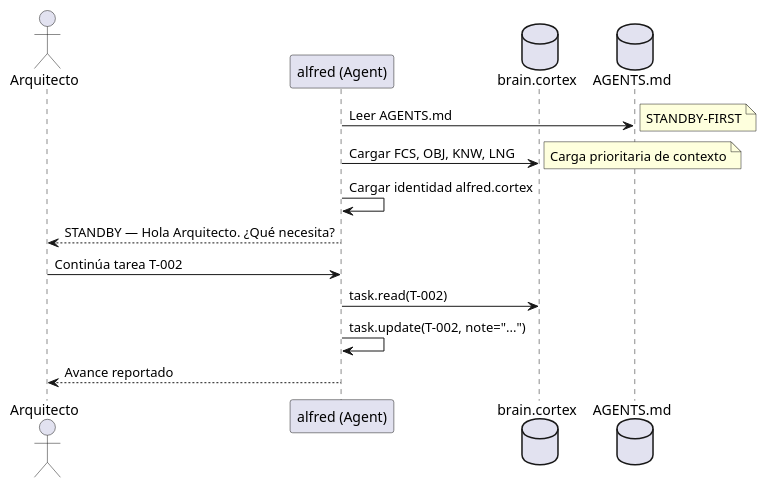
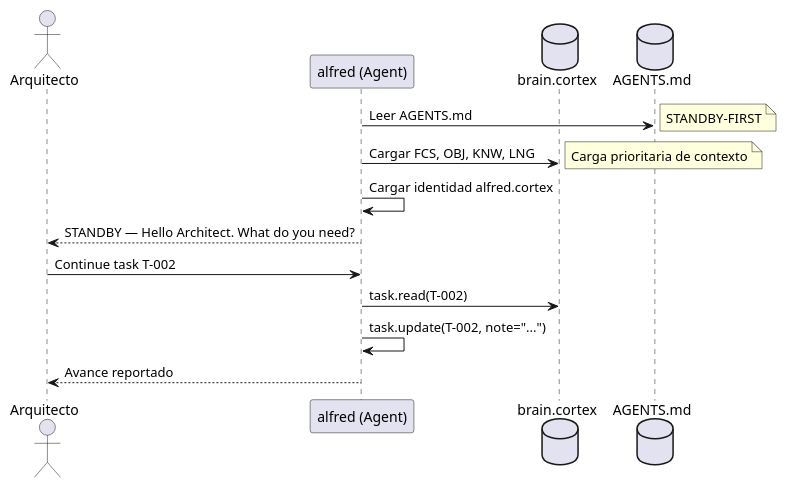
One commit to FidelErnesto03/arqux changed the third of 6 diagrams in src/arqux/skills/workflows.skill.md. Above: the diagram before and after it, drawn with PlantUML. The commit also changed other lines of this file and 3 other files, not shown here.

```diff
--- a/src/arqux/skills/workflows.skill.md
+++ b/src/arqux/skills/workflows.skill.md
@@ -75,20 +75,20 @@
 @startuml
 actor "Arquitecto" as A
 participant "alfred (Agent)" as G
 database "brain.cortex" as BC
 database "AGENTS.md" as AG
 
 G -> AG: Leer AGENTS.md
 note right: STANDBY-FIRST
 
 G -> BC: Cargar FCS, OBJ, KNW, LNG
 note right: Carga prioritaria de contexto
 
 G -> G: Cargar identidad alfred.cortex
 
-G --> A: STANDBY — Hola Arquitecto. ¿Qué necesita?
-A -> G: Continúa tarea T-002
+G --> A: STANDBY — Hello Architect. What do you need?
+A -> G: Continue task T-002
 G -> BC: task.read(T-002)
 G -> G: task.update(T-002, note="...")
 G --> A: Avance reportado
 @enduml
```
